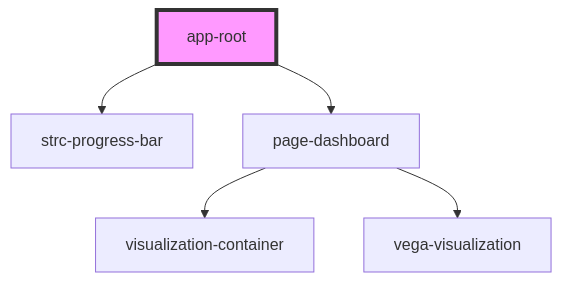
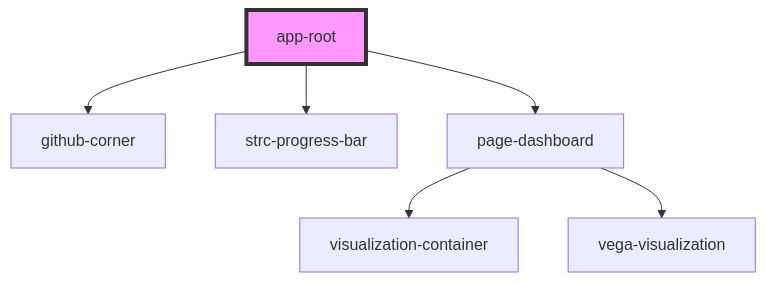
The diagram in src/app/readme.md (Symmetronic/covid-19-dwt-analysis), drawn with Mermaid before and after one commit. The commit also changed other lines of this file and 9 other files, not shown here.

````diff
--- a/src/app/readme.md
+++ b/src/app/readme.md
@@ -25,8 +26,9 @@
 ```mermaid
 graph TD;
+  app-root --> github-corner
   app-root --> strc-progress-bar
   app-root --> page-dashboard
   page-dashboard --> visualization-container
   page-dashboard --> vega-visualization
   style app-root fill:#f9f,stroke:#333,stroke-width:4px
 ```
````
